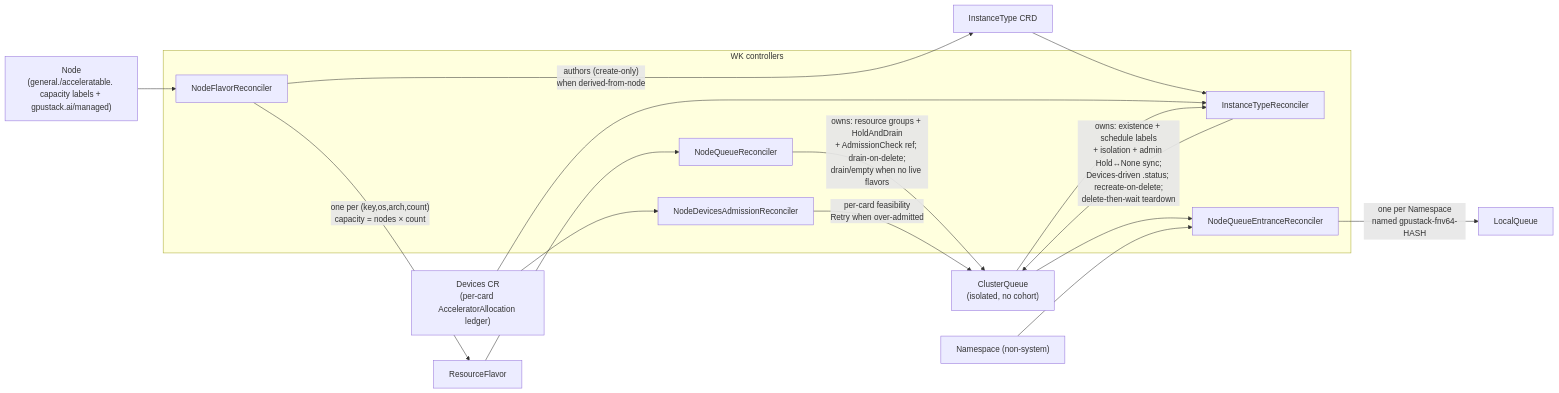
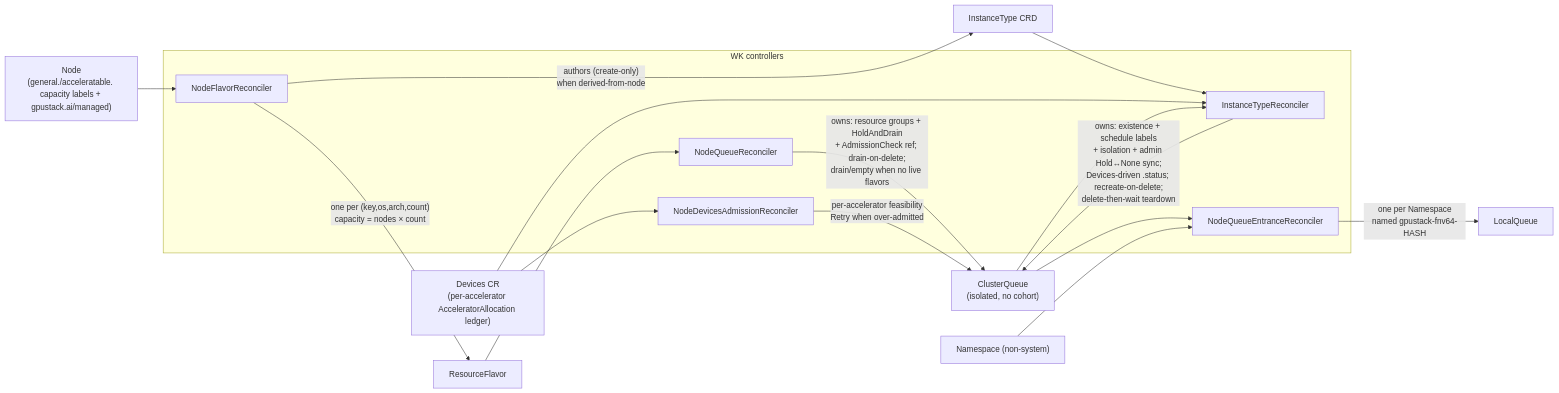
Before and after one commit to gpustack/gpustack-operator: the diagram in docs/architecture/scheduling-chain.md, drawn with Mermaid. The commit also changed other lines of this file and 156 other files, not shown here.

````diff
--- a/docs/architecture/scheduling-chain.md
+++ b/docs/architecture/scheduling-chain.md
@@ -163,28 +168,28 @@
 ```mermaid
 flowchart LR
     NODE["Node<br/>(general./acceleratable. capacity labels + gpustack.ai/managed)"]
-    DEV["Devices CR<br/>(per-card AcceleratorAllocation ledger)"]
+    DEV["Devices CR<br/>(per-accelerator AcceleratorAllocation ledger)"]
 
     subgraph controllers["WK controllers"]
         NFR["NodeFlavorReconciler"]
         ITR["InstanceTypeReconciler"]
         NQR["NodeQueueReconciler"]
         NQE["NodeQueueEntranceReconciler"]
         AC["NodeDevicesAdmissionReconciler"]
     end
 
     NODE --> NFR
     NFR -- "one per (key,os,arch,count)<br/>capacity = nodes × count" --> RF["ResourceFlavor"]
     NFR -- "authors (create-only)<br/>when derived-from-node" --> IT["InstanceType CRD"]
     IT --> ITR
     DEV --> ITR
     ITR -- "owns: existence + schedule labels<br/>+ isolation + admin Hold↔None sync;<br/>Devices-driven .status; recreate-on-delete;<br/>delete-then-wait teardown" --> CQ["ClusterQueue<br/>(isolated, no cohort)"]
     RF --> NQR
     NQR -- "owns: resource groups + HoldAndDrain<br/>+ AdmissionCheck ref; drain-on-delete;<br/>drain/empty when no live flavors" --> CQ
     CQ --> ITR
     CQ --> NQE
     NS["Namespace (non-system)"] --> NQE
     NQE -- "one per Namespace<br/>named gpustack-fnv64-HASH" --> LQ["LocalQueue"]
     DEV --> AC
-    AC -- "per-card feasibility<br/>Retry when over-admitted" --> CQ
+    AC -- "per-accelerator feasibility<br/>Retry when over-admitted" --> CQ
 ```
````
